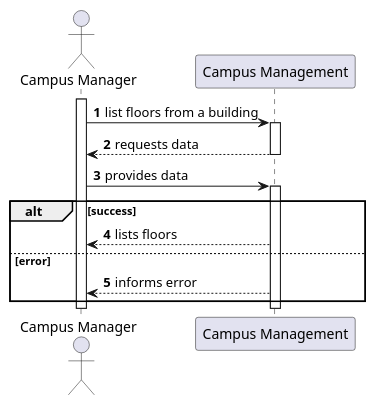
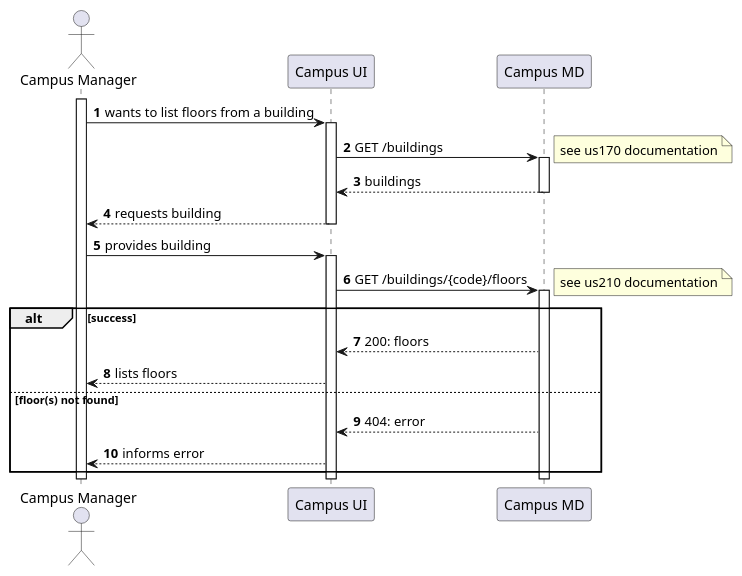
The diagram in docs/us1100/level2/process-view.puml (Departamento-de-Engenharia-Informatica/lapr5-23-24-g19), drawn with PlantUML before and after one commit. The commit also changed 5 other files, not shown here.

```diff
--- a/docs/us1100/level2/process-view.puml
+++ b/docs/us1100/level2/process-view.puml
@@ -1,24 +1,38 @@
 @startuml
 autonumber
 
 actor "Campus Manager" as usr
 
-participant "Campus Management" as mgm
+participant "Campus UI" as ui
+
+'TODO: call it just 'MD'?
+participant "Campus MD" as md
 
 activate usr
-usr -> mgm : list floors from a building
-    activate mgm
-        mgm --> usr : requests data
-    deactivate mgm
+    usr -> ui : wants to list floors from a building
+    activate ui
+        ui -> md : GET /buildings
+        activate md
+            note right : see us170 documentation
+            md --> ui : buildings
+        deactivate md
+        ui --> usr : requests building
+    deactivate ui
 
-    usr -> mgm : provides data
-    activate mgm
-    alt success
-        mgm --> usr : lists floors
-    else error
-        mgm --> usr : informs error
-    end
-    deactivate mgm
+    usr -> ui : provides building
+    activate ui
+        ui -> md : GET /buildings/{code}/floors
+        activate md
+            note right : see us210 documentation
+            alt success
+                md --> ui : 200: floors
+                ui --> usr : lists floors
+            else floor(s) not found
+                md --> ui : 404: error
+                ui --> usr : informs error
+            end
+        deactivate md
+    deactivate ui
 deactivate usr
 
 @enduml
```
